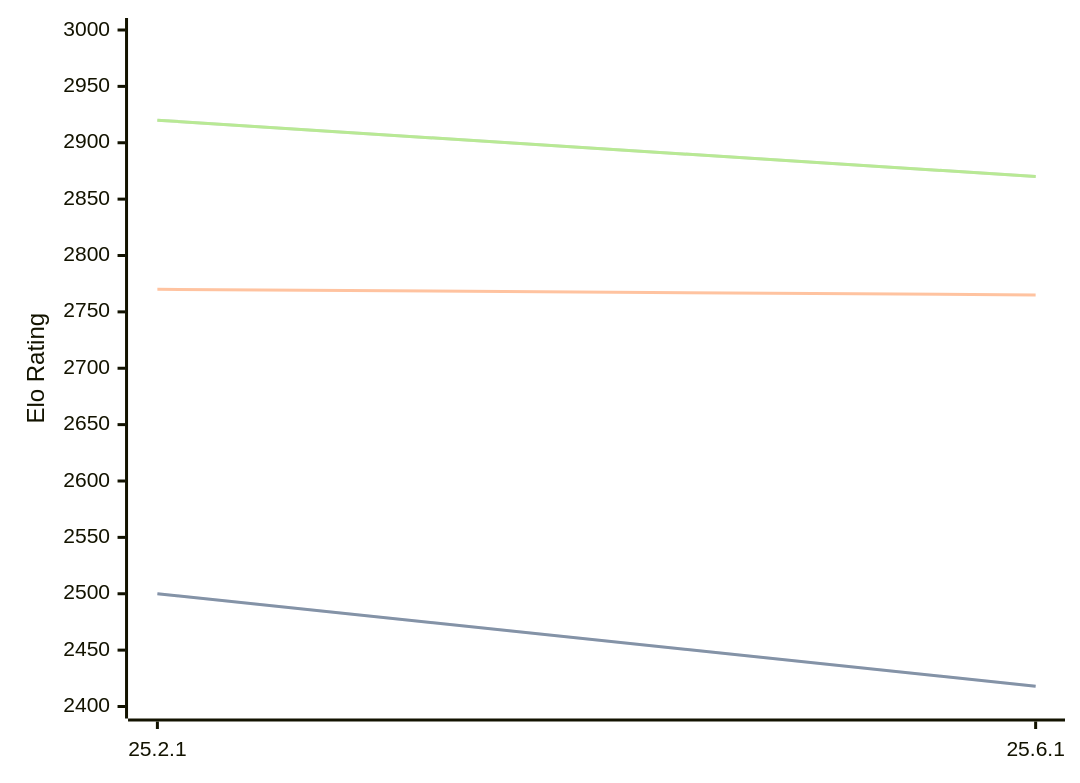
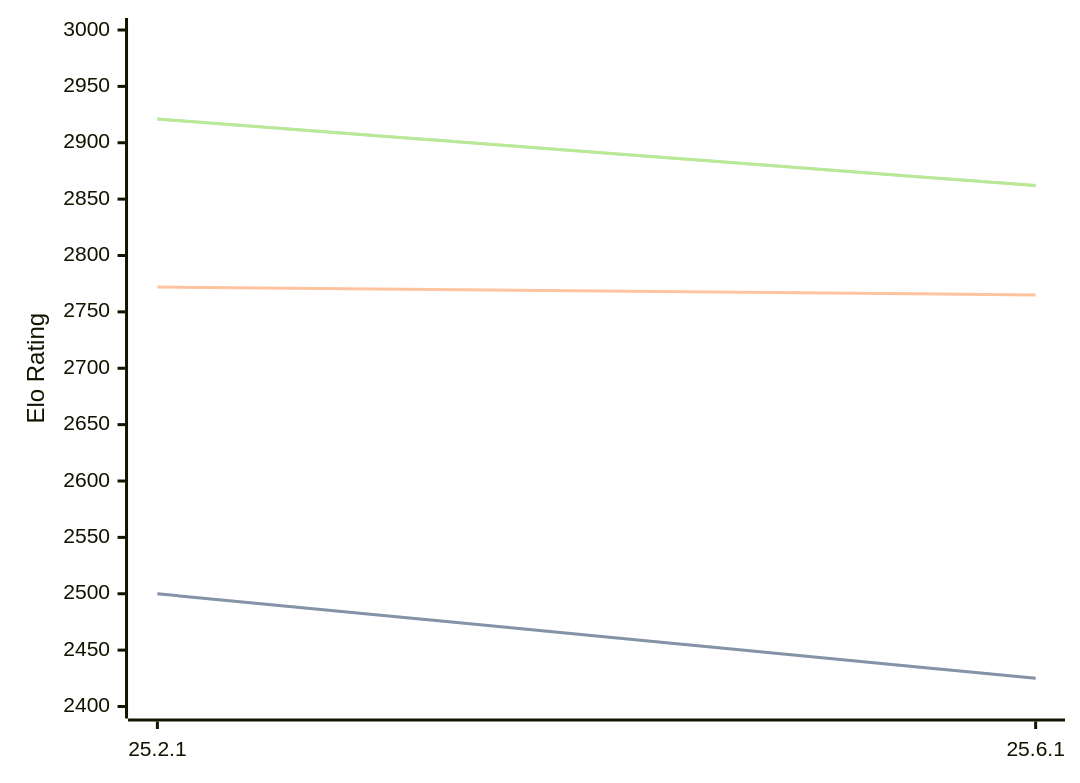
The first of 3 diagrams in engines/Crafty.md (computer-chess-index/cci), drawn with Mermaid before and after one commit. The commit also changed other lines of this file, not shown here.

Commit message:
Update CCI Ratings (ELO VLTC) - 2026-07-02

````diff
--- a/engines/Crafty.md
+++ b/engines/Crafty.md
@@ -32,11 +32,11 @@
 ```mermaid
 %%{init: {"theme":"base","themeVariables":{"seriesColors:['#a3a3a3','#222221','#faa371']}}}%%
 xychart-beta
   x-axis ["25.2.1", "25.6.1"]
   y-axis "Elo Rating" 2400 --> 3000
-  line "STC (8.0+0.08s)" [2500, 2418]
-  line "STC (8.0+0.08s)" [2500, 2418]
-  line "LTC (60.0+0.60s)" [2770, 2765]
-  line "VLTC (2m24s+1.12s)" [2920, 2870]
-  line "VLTC (2m24s+1.12s)" [2920, 2870]
+  line "STC (8.0+0.08s)" [2500, 2425]
+  line "STC (8.0+0.08s)" [2500, 2425]
+  line "LTC (60.0+0.60s)" [2772, 2765]
+  line "VLTC (2m24s+1.12s)" [2921, 2862]
+  line "VLTC (2m24s+1.12s)" [2921, 2862]
 ```
````
